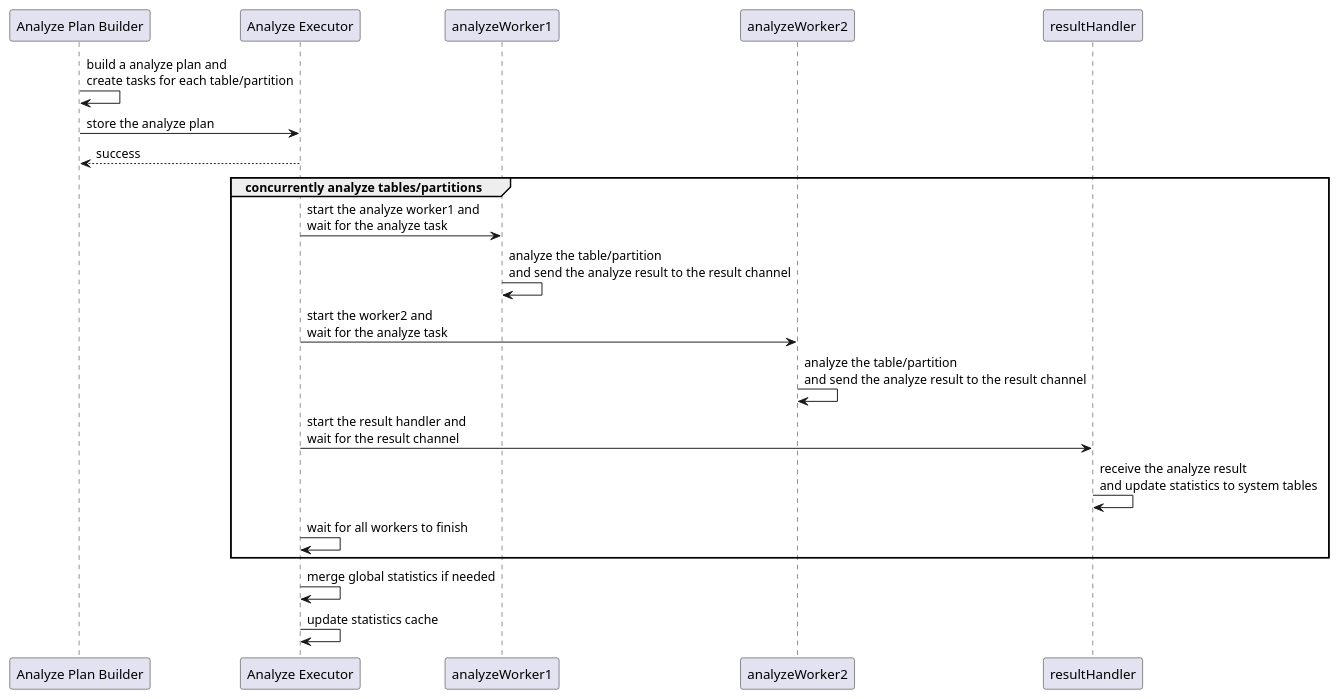
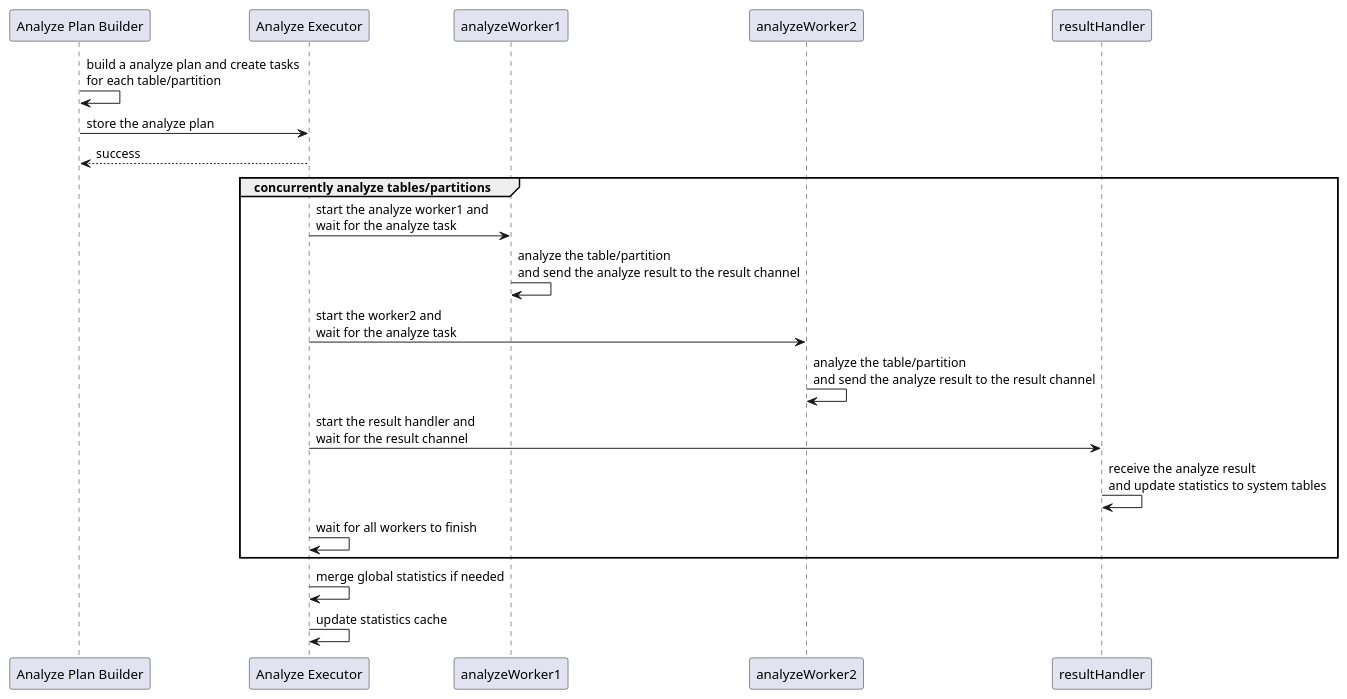
Before and after one commit to Rustin170506/tidb-analyze.slide: the third of 8 diagrams in slides.md, drawn with PlantUML. The commit also changed other lines of this file, not shown here.

Commit message:
tidb-analyze: resize

````diff
--- a/slides.md
+++ b/slides.md
@@ -549,19 +549,19 @@
 ```plantuml
 @startuml
-"Analyze Plan Builder" as APB -> APB: build a analyze plan and \ncreate tasks for each table/partition
+"Analyze Plan Builder" as APB -> APB: build a analyze plan and create tasks \nfor each table/partition
 APB -> "Analyze Executor" as AE: store the analyze plan
 AE --> APB: success
 
 group concurrently analyze tables/partitions
 AE -> analyzeWorker1: start the analyze worker1 and \nwait for the analyze task
 analyzeWorker1 -> analyzeWorker1: analyze the table/partition \nand send the analyze result to the result channel
 AE -> analyzeWorker2: start the worker2 and \nwait for the analyze task
 analyzeWorker2 -> analyzeWorker2: analyze the table/partition \nand send the analyze result to the result channel
 AE -> resultHandler: start the result handler and \nwait for the result channel
 resultHandler -> resultHandler: receive the analyze result \nand update statistics to system tables
 AE -> AE: wait for all workers to finish
 end
 AE -> AE: merge global statistics if needed
 AE -> AE: update statistics cache
 @enduml
 ```
````
